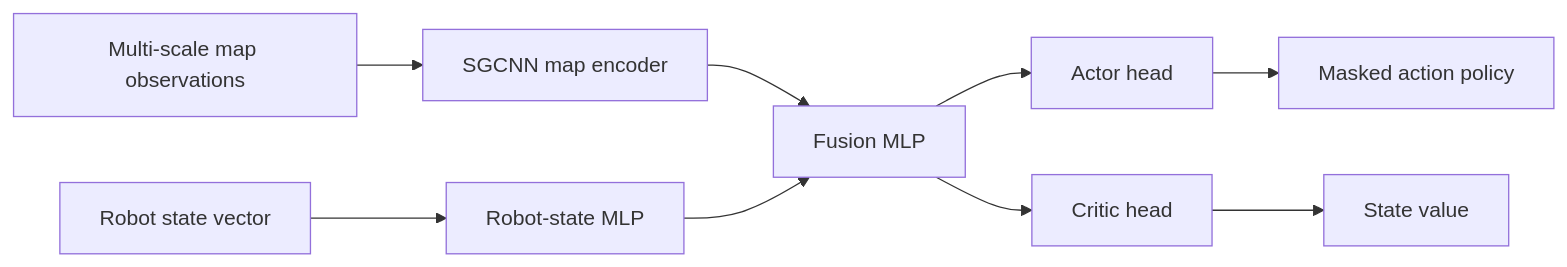
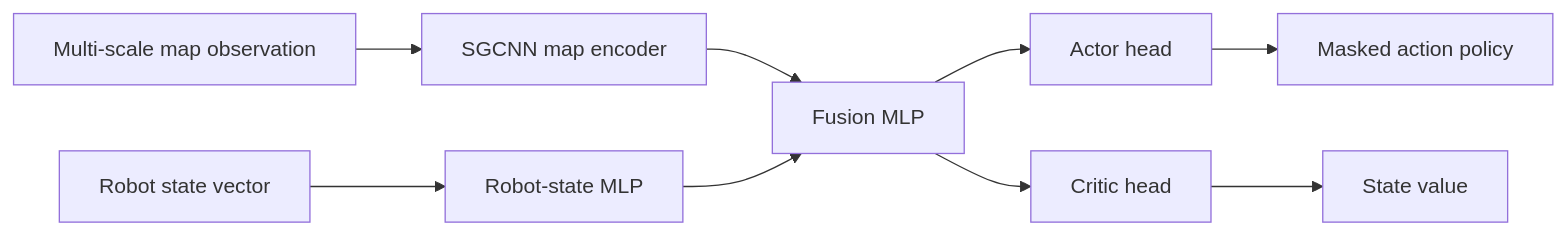
The diagram in README.md (Hangyeol82/RL-based-Coverage-Path-Planning), drawn with Mermaid before and after one commit. The commit also changed other lines of this file, not shown here.

````diff
--- a/README.md
+++ b/README.md
@@ -26,11 +26,11 @@
 ```mermaid
 flowchart LR
-    A["Multi-scale map observations"] --> B["SGCNN map encoder"]
+    A["Multi-scale map observation"] --> B["SGCNN map encoder"]
     C["Robot state vector"] --> D["Robot-state MLP"]
     B --> E["Fusion MLP"]
     D --> E
     E --> F["Actor head"]
     E --> G["Critic head"]
     F --> H["Masked action policy"]
     G --> I["State value"]
 ```
````
